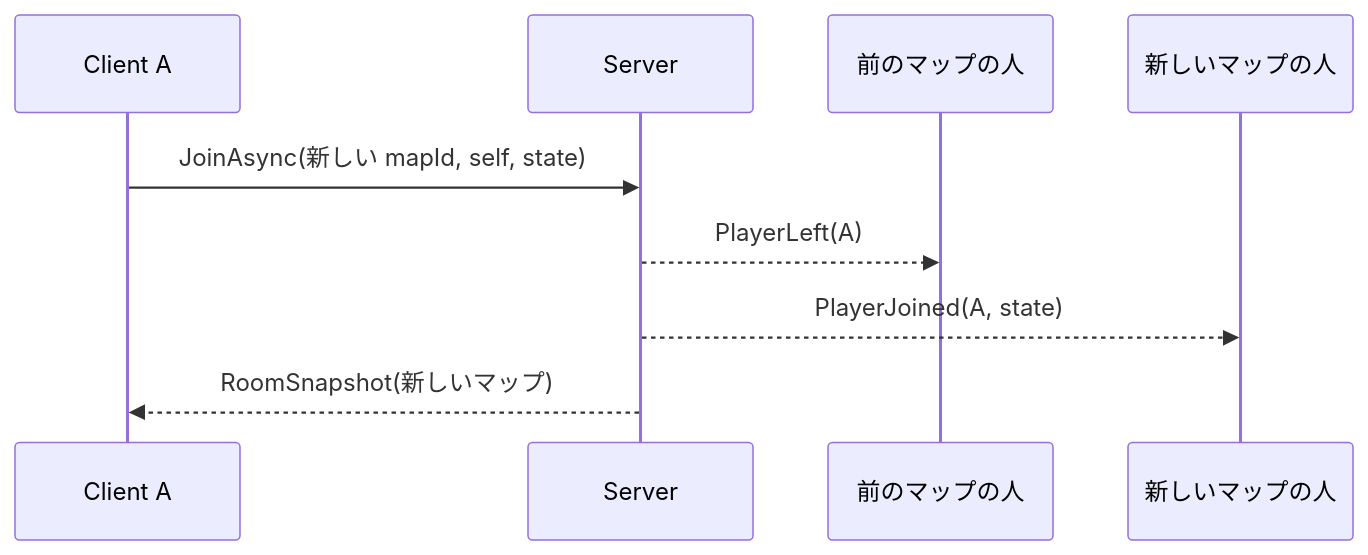
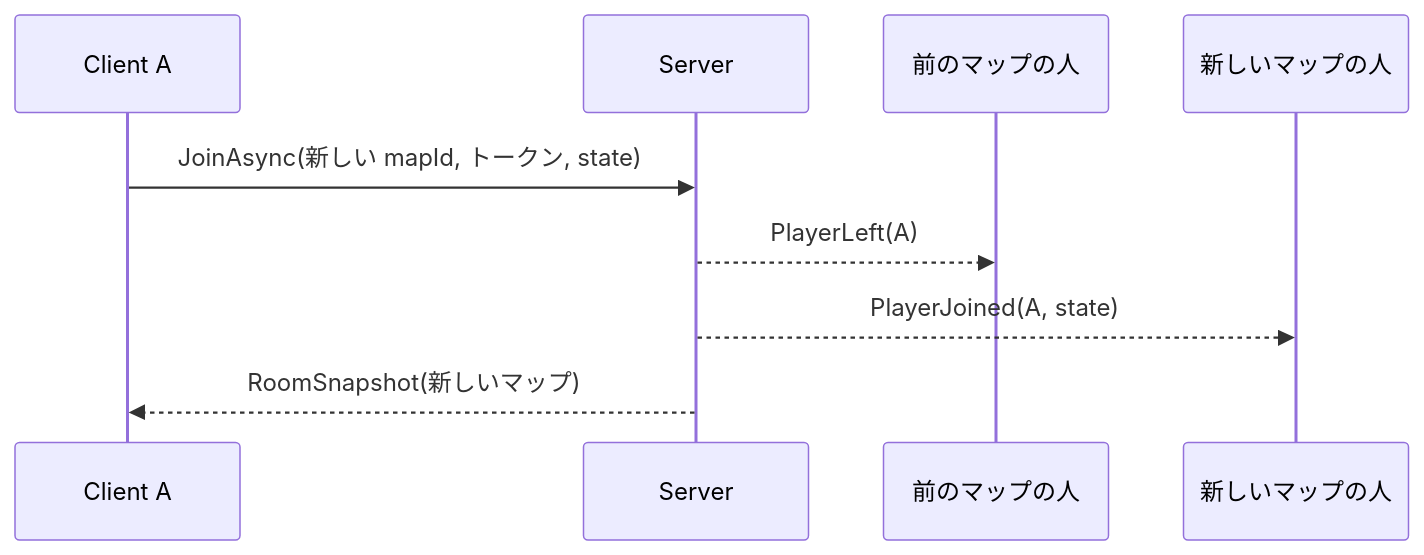
Before and after one commit to OskaKim/Terrace: the third of 3 diagrams in docs/contracts/protocol.md, drawn with Mermaid. The commit also changed other lines of this file and 33 other files, not shown here.

````diff
--- a/docs/contracts/protocol.md
+++ b/docs/contracts/protocol.md
@@ -135,11 +159,11 @@
 ```mermaid
 sequenceDiagram
   participant A as Client A
   participant S as Server
   participant Old as 前のマップの人
   participant New as 新しいマップの人
-  A->>S: JoinAsync(新しい mapId, self, state)
+  A->>S: JoinAsync(新しい mapId, トークン, state)
   S-->>Old: PlayerLeft(A)
   S-->>New: PlayerJoined(A, state)
   S-->>A: RoomSnapshot(新しいマップ)
 ```
````
